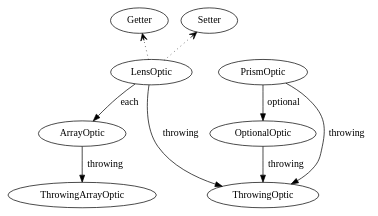
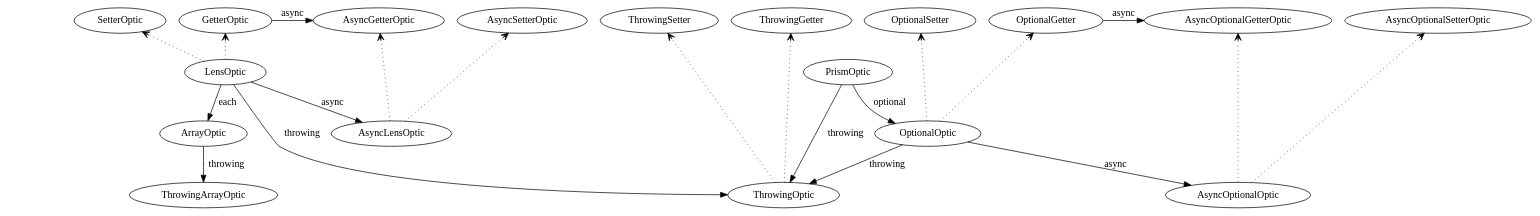
One commit to mproinnovacion/swift-optics changed the diagram in Documentation/protocols.dot. Above: the diagram before and after it, drawn with Graphviz. The commit also changed 4 other files, not shown here.

Commit message:
feat: Added some async funcs to lift optics to their async versions. Changed protocol graph to include some of the latest changes.

```diff
--- a/Documentation/protocols.dot
+++ b/Documentation/protocols.dot
@@ -1,23 +1,41 @@
 digraph protocols {
 	rank1 [style=invisible];
 	rank2 [style=invisible];
 
 	rank1 -> rank2 [color=white];
 
+	GetterOptic -> AsyncGetterOptic [label="async"];
 	
+	OptionalGetter -> AsyncOptionalGetterOptic [label="async"];
 
-	LensOptic -> Getter [style=dotted, arrowhead=open];
-	LensOptic -> Setter [style=dotted, arrowhead=open];
-	PrismOptic -> OptionalOptic [label="optional"];
+	LensOptic -> GetterOptic [style=dotted, arrowhead=open];
+	LensOptic -> SetterOptic [style=dotted, arrowhead=open];
 	LensOptic -> ArrayOptic [label="each"];
 	LensOptic -> ThrowingOptic [label="throwing"];
+	LensOptic -> AsyncLensOptic [label="async"];
+
+	PrismOptic -> OptionalOptic [label="optional"];
 	PrismOptic -> ThrowingOptic [label="throwing"];
+
+	OptionalOptic -> OptionalGetter [style=dotted, arrowhead=open];
+	OptionalOptic -> OptionalSetter [style=dotted, arrowhead=open];
 	OptionalOptic -> ThrowingOptic [label="throwing"];
+	OptionalOptic -> AsyncOptionalOptic [label="async"];
+
+	ThrowingOptic -> ThrowingGetter [style=dotted, arrowhead=open];
+	ThrowingOptic -> ThrowingSetter [style=dotted, arrowhead=open];
+	
+	AsyncLensOptic -> AsyncGetterOptic [style=dotted, arrowhead=open];
+	AsyncLensOptic -> AsyncSetterOptic [style=dotted, arrowhead=open];
+	
+	AsyncOptionalOptic -> AsyncOptionalGetterOptic [style=dotted, arrowhead=open];
+	AsyncOptionalOptic -> AsyncOptionalSetterOptic [style=dotted, arrowhead=open];
+
 	ArrayOptic -> ThrowingArrayOptic [label="throwing"];
 
-	{ rank = min; Getter ; Setter }
+	{ rank = min; GetterOptic ; SetterOptic ; OptionalGetter ; OptionalSetter ; ThrowingGetter ; ThrowingSetter ; AsyncGetterOptic ; AsyncSetterOptic; AsyncOptionalGetterOptic; AsyncOptionalSetterOptic }
 	{
 		rank = same;
 		rank2 -> LensOptic -> PrismOptic [ style=invis ];
 	}
 }
```
